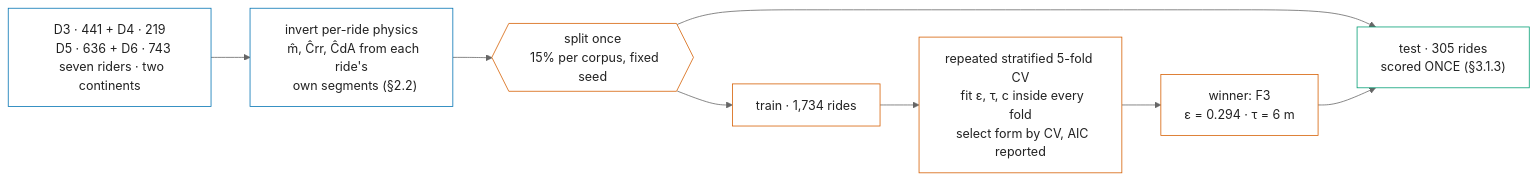
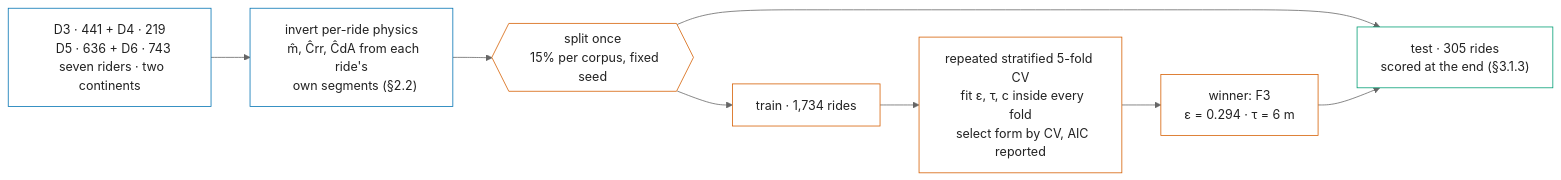
Before and after one commit to pedalhidro/bicycling-energy-model: the second of 2 diagrams in research/article/paper1-closed-form.md, drawn with Mermaid (neutral theme). The commit also changed other lines of this file and 7 other files, not shown here.

````diff
--- a/research/article/paper1-closed-form.md
+++ b/research/article/paper1-closed-form.md
@@ -350,25 +355,25 @@
 ```mermaid
 flowchart LR
   D["D3 · 441 + D4 · 219
   D5 · 636 + D6 · 743
   seven riders · two continents"] --> INV["invert per-ride physics
   m̂, Ĉrr, ĈdA from each ride's
   own segments (§2.2)"]
   INV --> SPLIT{{"split once
   15% per corpus, fixed seed"}}
   SPLIT --> TR["train · 1,734 rides"]
   SPLIT --> TE["test · 305 rides
-  scored ONCE (§3.1.3)"]
+  scored at the end (§3.1.3)"]
   TR --> CV["repeated stratified 5-fold CV
   fit ε, τ, c inside every fold
   select form by CV, AIC reported"]
   CV --> W["winner: F3
   ε = 0.294 · τ = 6 m"]
   W --> TE
   classDef blue stroke:#0072B2,fill:#fff,color:#222
   classDef verm stroke:#D55E00,fill:#fff,color:#222
   classDef green stroke:#009E73,fill:#fff,color:#222
   class D,INV blue
   class SPLIT,TR,CV,W verm
   class TE green
 ```
````
